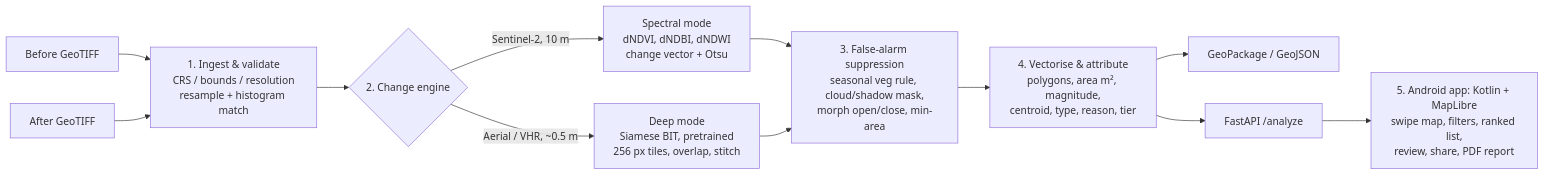
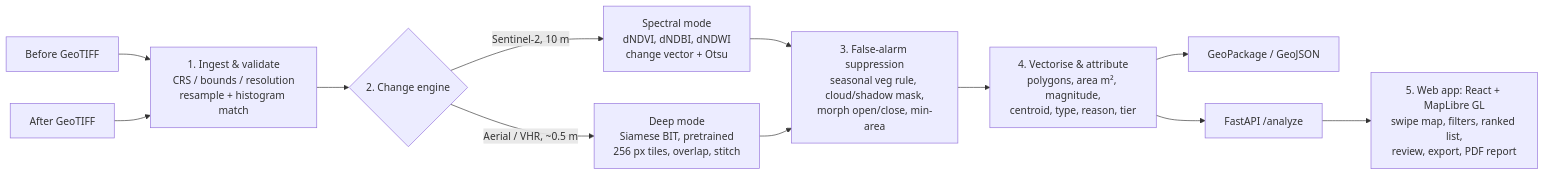
Before and after one commit to SlothDevs-SIH/GEOAI_04_SLOTHDEV: the diagram in docs/PROJECT_PLAN.md, drawn with Mermaid. The commit also changed other lines of this file and 5 other files, not shown here.

First line of the commit message:
Re-plan for web app: backend/frontend plans, 24h task split, tech options

````diff
--- a/docs/PROJECT_PLAN.md
+++ b/docs/PROJECT_PLAN.md
@@ -202,14 +216,14 @@
 ```mermaid
 flowchart LR
     A[Before GeoTIFF] --> V
     B[After GeoTIFF] --> V
     V[1. Ingest & validate<br/>CRS / bounds / resolution<br/>resample + histogram match] --> M{2. Change engine}
     M -->|Sentinel-2, 10 m| S[Spectral mode<br/>dNDVI, dNDBI, dNDWI<br/>change vector + Otsu]
     M -->|Aerial / VHR, ~0.5 m| D[Deep mode<br/>Siamese BIT, pretrained<br/>256 px tiles, overlap, stitch]
     S --> F[3. False-alarm suppression<br/>seasonal veg rule, cloud/shadow mask,<br/>morph open/close, min-area]
     D --> F
     F --> P[4. Vectorise & attribute<br/>polygons, area m², magnitude,<br/>centroid, type, reason, tier]
     P --> O1[GeoPackage / GeoJSON]
     P --> O2[FastAPI /analyze]
-    O2 --> UI[5. Android app: Kotlin + MapLibre<br/>swipe map, filters, ranked list,<br/>review, share, PDF report]
+    O2 --> UI[5. Web app: React + MapLibre GL<br/>swipe map, filters, ranked list,<br/>review, export, PDF report]
 ```
````
